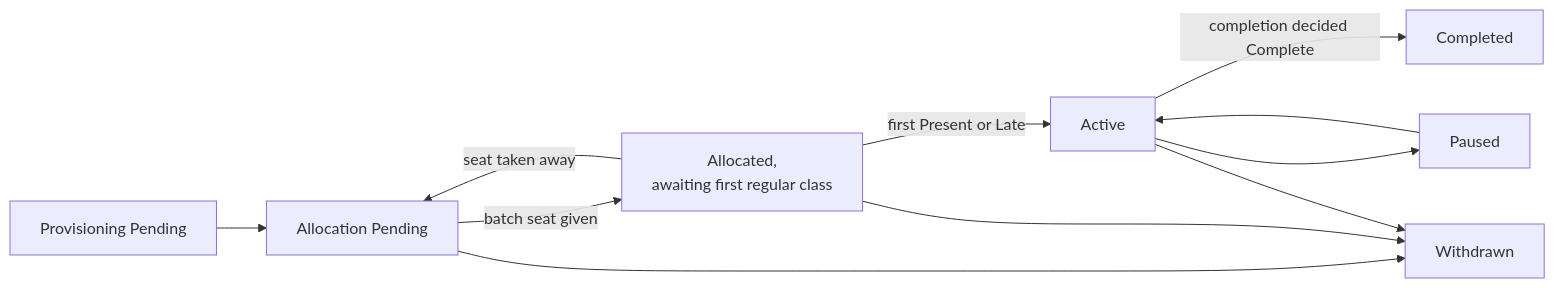
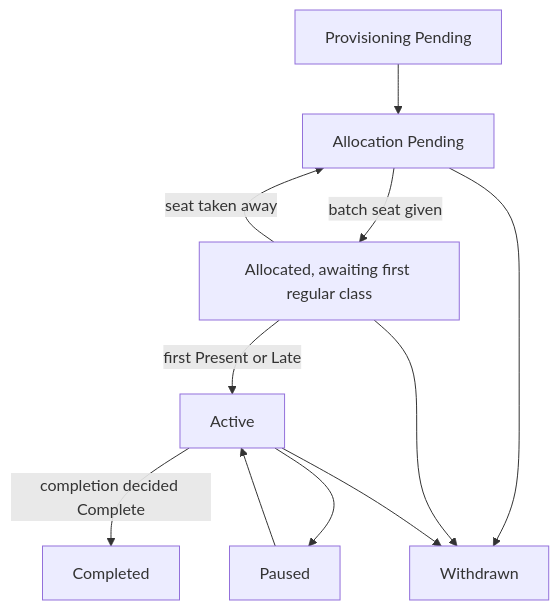
Before and after one commit to misterpk-18/nipunalms: the fourth of 17 diagrams in docs/PRODUCT_GUIDE.md, drawn with Mermaid. The commit also changed other lines of this file, not shown here.

Commit message:
Product guide: simpler Mermaid syntax, taller layouts, assignment and test charts split

````diff
--- a/docs/PRODUCT_GUIDE.md
+++ b/docs/PRODUCT_GUIDE.md
@@ -95,13 +95,13 @@
 ```mermaid
-flowchart LR
+flowchart TD
     P["Provisioning Pending"] --> AP["Allocation Pending"]
-    AP -->|"batch seat given"| AW["Allocated,<br/>awaiting first regular class"]
+    AP -->|"batch seat given"| AW["Allocated, awaiting first regular class"]
     AW -->|"first Present or Late"| AC["Active"]
     AW -->|"seat taken away"| AP
     AC --> PA["Paused"]
     PA --> AC
     AC -->|"completion decided Complete"| CO["Completed"]
     AP --> WD["Withdrawn"]
     AW --> WD
     AC --> WD
 ```
````
